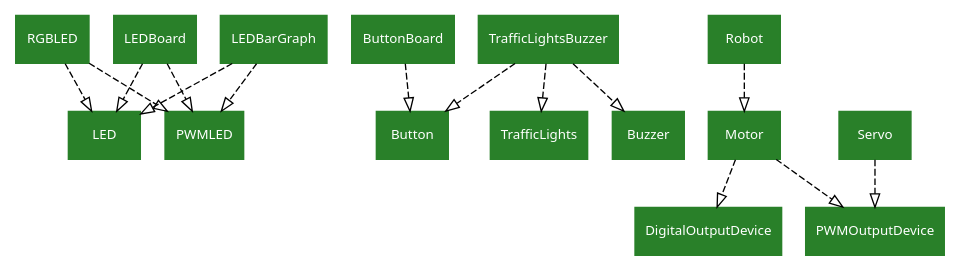
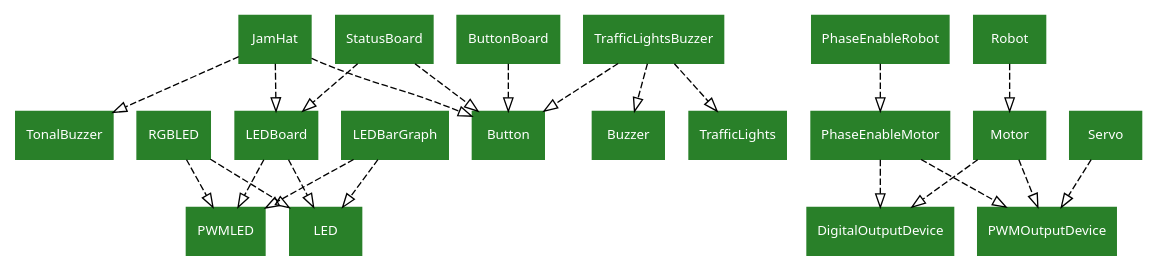
The diagram in docs/images/composed_devices.dot (gpiozero/gpiozero), drawn with Graphviz before and after one commit. The commit also changed 26 other files, not shown here.

Commit message:
Generate device graphs automatically

```diff
--- a/docs/images/composed_devices.dot
+++ b/docs/images/composed_devices.dot
@@ -1,26 +1,37 @@
 /* vim: set et sw=4 sts=4: */
 
 digraph classes {
     graph [rankdir=TB];
     node [shape=rect, style=filled, color="#298029", fontname=Sans, fontcolor="#ffffff", fontsize=10];
     edge [arrowhead=onormal, style=dashed];
 
     RGBLED->LED;
     RGBLED->PWMLED;
     LEDBoard->LED;
     LEDBoard->PWMLED;
     LEDBarGraph->LED;
     LEDBarGraph->PWMLED;
 
     ButtonBoard->Button;
 
     TrafficLightsBuzzer->TrafficLights;
     TrafficLightsBuzzer->Buzzer;
     TrafficLightsBuzzer->Button;
 
+    StatusBoard->LEDBoard;
+    StatusBoard->Button;
+
+    JamHat->LEDBoard;
+    JamHat->Button;
+    JamHat->TonalBuzzer;
+
     Robot->Motor;
     Motor->DigitalOutputDevice;
     Motor->PWMOutputDevice;
 
+    PhaseEnableRobot->PhaseEnableMotor;
+    PhaseEnableMotor->DigitalOutputDevice;
+    PhaseEnableMotor->PWMOutputDevice;
+
     Servo->PWMOutputDevice;
 }
```
